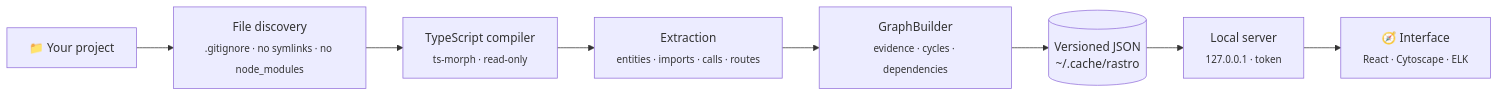
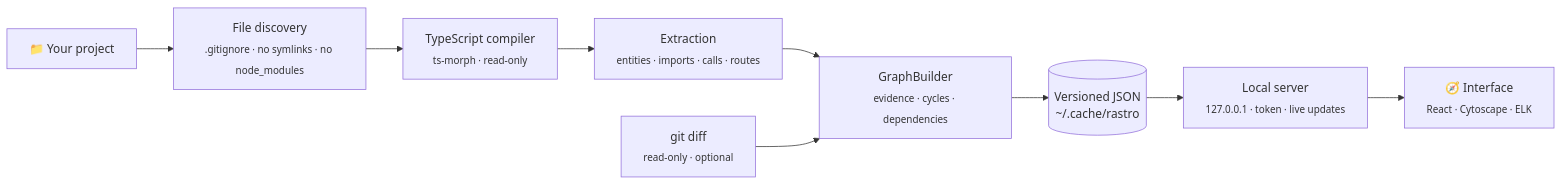
Before and after one commit to MongeAI/rastro: the diagram in README.md, drawn with Mermaid. The commit also changed other lines of this file and 7 other files, not shown here.

First line of the commit message:
README e README.pt-BR da 0.2, CHANGELOG, ROADMAP e GIFs EN/PT; paleta prioriza entidades com 1-2 letras

````diff
--- a/README.md
+++ b/README.md
@@ -161,10 +205,11 @@
 ```mermaid
 flowchart LR
   A[📁 Your project] --> B[File discovery<br/><sub>.gitignore · no symlinks · no node_modules</sub>]
   B --> C[TypeScript compiler<br/><sub>ts-morph · read-only</sub>]
   C --> D[Extraction<br/><sub>entities · imports · calls · routes</sub>]
   D --> E[GraphBuilder<br/><sub>evidence · cycles · dependencies</sub>]
+  G2[git diff<br/><sub>read-only · optional</sub>] --> E
   E --> F[(Versioned JSON<br/>~/.cache/rastro)]
-  F --> G[Local server<br/><sub>127.0.0.1 · token</sub>]
+  F --> G[Local server<br/><sub>127.0.0.1 · token · live updates</sub>]
   G --> H[🧭 Interface<br/><sub>React · Cytoscape · ELK</sub>]
 ```
````
